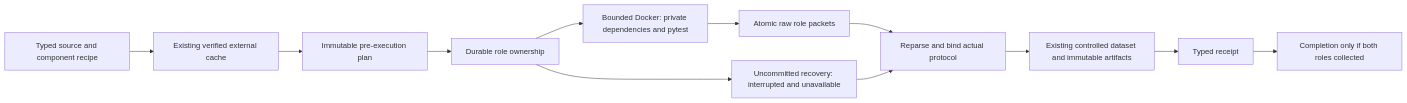
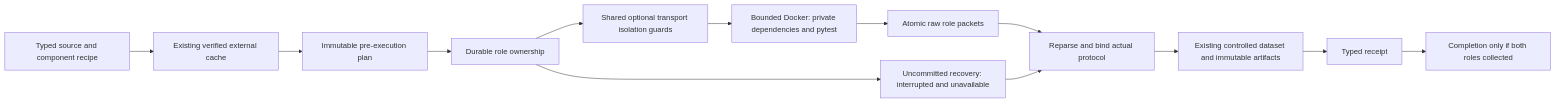
One commit to jacksonpradolima/coleman4hcs changed the diagram in docs/python-source-capture.md. Above: the diagram before and after it, drawn with Mermaid. The commit also changed other lines of this file and 27 other files, not shown here.

````diff
--- a/docs/python-source-capture.md
+++ b/docs/python-source-capture.md
@@ -179,14 +179,15 @@
 ```mermaid
 flowchart LR
     R[Typed source and component recipe] --> C[Existing verified external cache]
     C --> P[Immutable pre-execution plan]
     P --> S[Durable role ownership]
-    S --> D[Bounded Docker: private dependencies and pytest]
+    S --> K[Shared optional transport isolation guards]
+    K --> D[Bounded Docker: private dependencies and pytest]
     D --> B[Atomic raw role packets]
     B --> V[Reparse and bind actual protocol]
     V --> G[Existing controlled dataset and immutable artifacts]
     G --> I[Typed receipt]
     I --> F[Completion only if both roles collected]
     S --> X[Uncommitted recovery: interrupted and unavailable]
     X --> V
 ```
````
